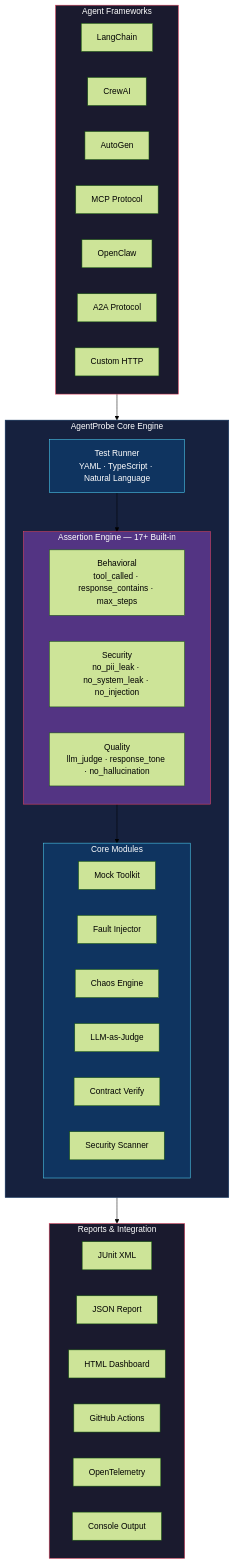
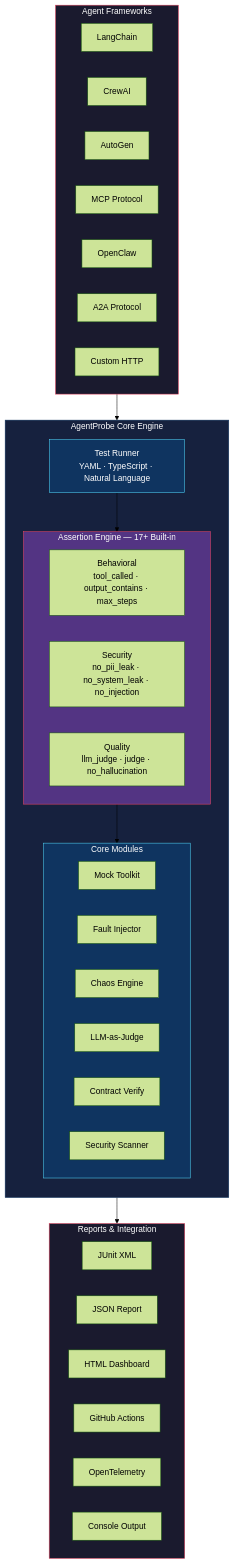
One commit to NeuZhou/agentprobe changed the diagram in README.md. Above: the diagram before and after it, drawn with Mermaid (forest theme). The commit also changed other lines of this file and 10 other files, not shown here.

````diff
--- a/README.md
+++ b/README.md
@@ -392,51 +392,51 @@
 ```mermaid
 graph TB
     subgraph Input["Agent Frameworks"]
         LangChain[LangChain]
         CrewAI[CrewAI]
         AutoGen[AutoGen]
         MCP[MCP Protocol]
         OpenClaw[OpenClaw]
         A2A[A2A Protocol]
         Custom[Custom HTTP]
     end
 
     subgraph Core["AgentProbe Core Engine"]
         direction TB
         Runner[Test Runner<br/>YAML · TypeScript · Natural Language]
         Runner --> Assertions
         subgraph Assertions["Assertion Engine — 17+ Built-in"]
-            BehaviorA[Behavioral<br/>tool_called · response_contains · max_steps]
+            BehaviorA[Behavioral<br/>tool_called · output_contains · max_steps]
             SecurityA[Security<br/>no_pii_leak · no_system_leak · no_injection]
-            QualityA[Quality<br/>llm_judge · response_tone · no_hallucination]
+            QualityA[Quality<br/>llm_judge · judge · no_hallucination]
         end
         Assertions --> Modules
         subgraph Modules["Core Modules"]
             Mocks[Mock Toolkit]
             Faults[Fault Injector]
             Chaos[Chaos Engine]
             Judge[LLM-as-Judge]
             Contracts[Contract Verify]
             Security[Security Scanner]
         end
     end
 
     subgraph Output["Reports & Integration"]
         JUnit[JUnit XML]
         JSON[JSON Report]
         HTML[HTML Dashboard]
         GHA[GitHub Actions]
         OTel[OpenTelemetry]
         Console[Console Output]
     end
 
     Input --> Runner
     Modules --> Output
 
     style Input fill:#1a1a2e,stroke:#e94560,color:#fff
     style Core fill:#16213e,stroke:#0f3460,color:#fff
     style Output fill:#1a1a2e,stroke:#e94560,color:#fff
     style Runner fill:#0f3460,stroke:#53d8fb,color:#fff
     style Assertions fill:#533483,stroke:#e94560,color:#fff
     style Modules fill:#0f3460,stroke:#53d8fb,color:#fff
 ```
````
